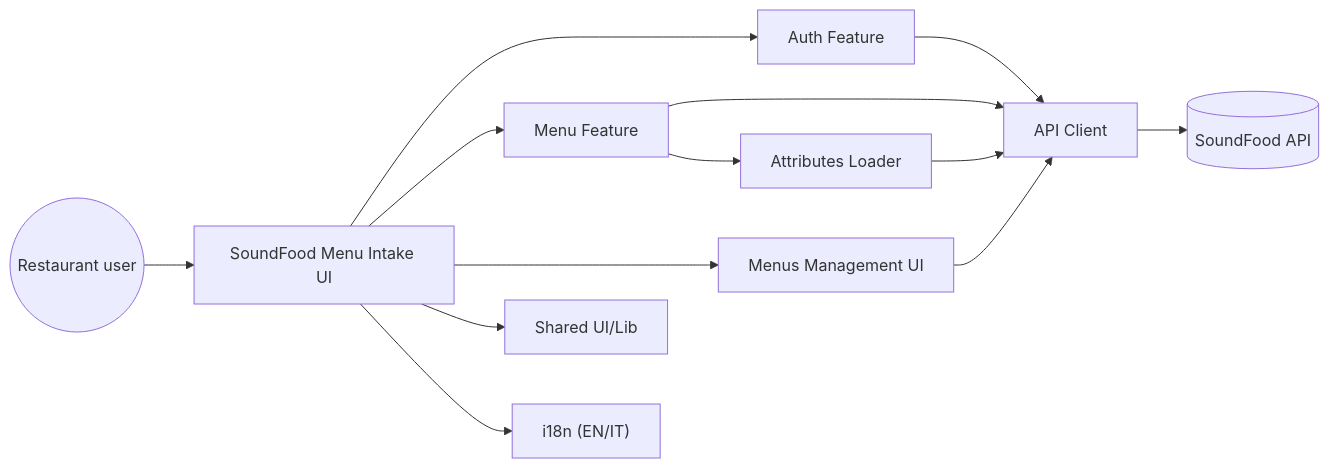
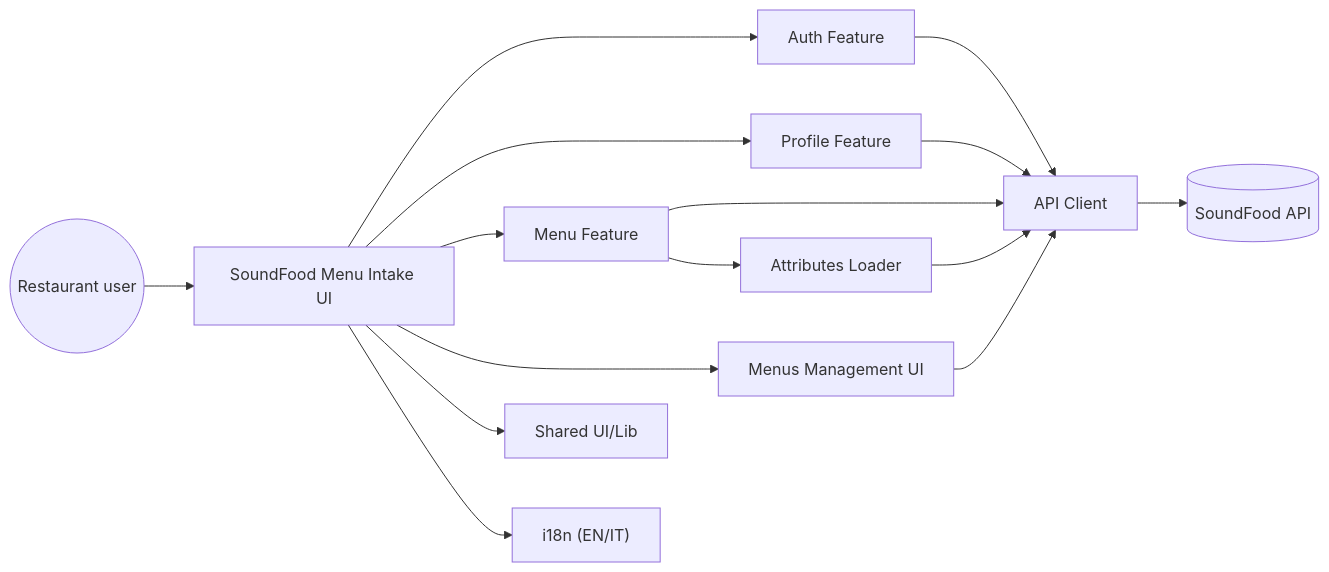
The first of 8 diagrams in README.md (matteospanio/sf-demo-menu-intf), drawn with Mermaid before and after one commit. The commit also changed other lines of this file and 15 other files, not shown here.

````diff
--- a/README.md
+++ b/README.md
@@ -197,18 +207,20 @@
 ```mermaid
 flowchart LR
   User((Restaurant user)) --> UI[SoundFood Menu Intake UI]
 
   UI --> Auth[Auth Feature]
+  UI --> Profile[Profile Feature]
   UI --> Menu[Menu Feature]
   UI --> MenusMgmt[Menus Management UI]
   UI --> Shared[Shared UI/Lib]
 
   Auth --> Api[API Client]
+  Profile --> Api
   Menu --> Api
   MenusMgmt --> Api
   Menu --> Attr[Attributes Loader]
   Attr --> Api
 
   Api --> SoundFoodAPI[(SoundFood API)]
   UI --> I18n["i18n (EN/IT)"]
 ```
````
